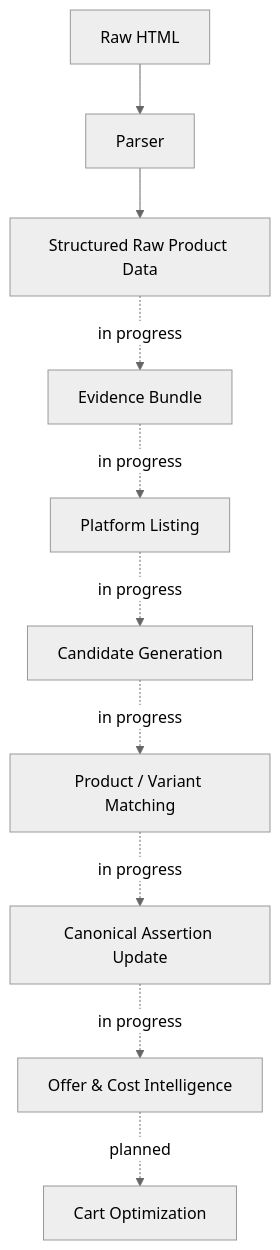
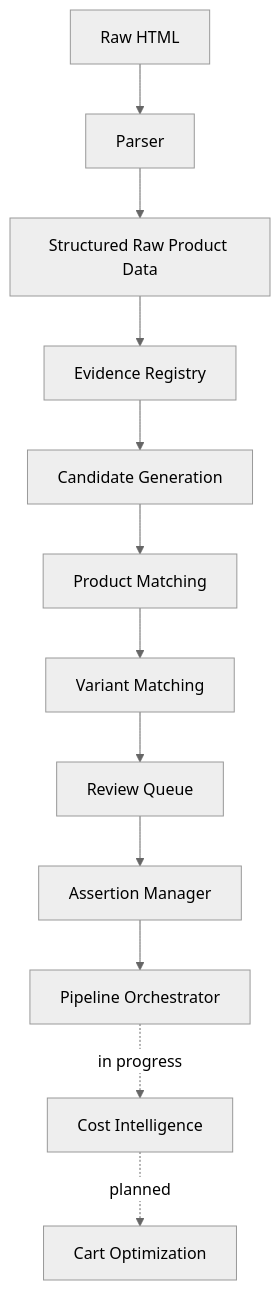
Before and after one commit to neural-agi/Cartel-Smart-Cart-Optimizer: the diagram in README.md, drawn with Mermaid (neutral theme). The commit also changed other lines of this file, not shown here.

````diff
--- a/README.md
+++ b/README.md
@@ -88,12 +135,14 @@
 ```mermaid
 flowchart TD
     A[Raw HTML] --> B[Parser]
     B --> C[Structured Raw Product Data]
-    C -.->|in progress| D[Evidence Bundle]
-    D -.->|in progress| E[Platform Listing]
-    E -.->|in progress| F[Candidate Generation]
-    F -.->|in progress| G[Product / Variant Matching]
-    G -.->|in progress| H[Canonical Assertion Update]
-    H -.->|in progress| I[Offer & Cost Intelligence]
-    I -.->|planned| J[Cart Optimization]
+    C --> D[Evidence Registry]
+    D --> E[Candidate Generation]
+    E --> F[Product Matching]
+    F --> G[Variant Matching]
+    G --> H[Review Queue]
+    H --> I[Assertion Manager]
+    I --> J[Pipeline Orchestrator]
+    J -.->|in progress| K[Cost Intelligence]
+    K -.->|planned| L[Cart Optimization]
 ```
````
